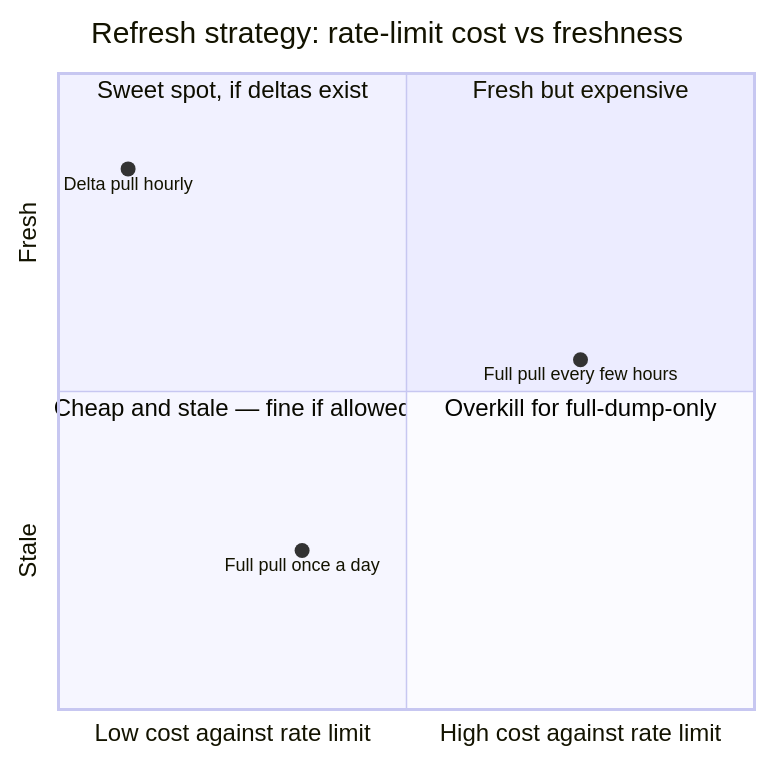
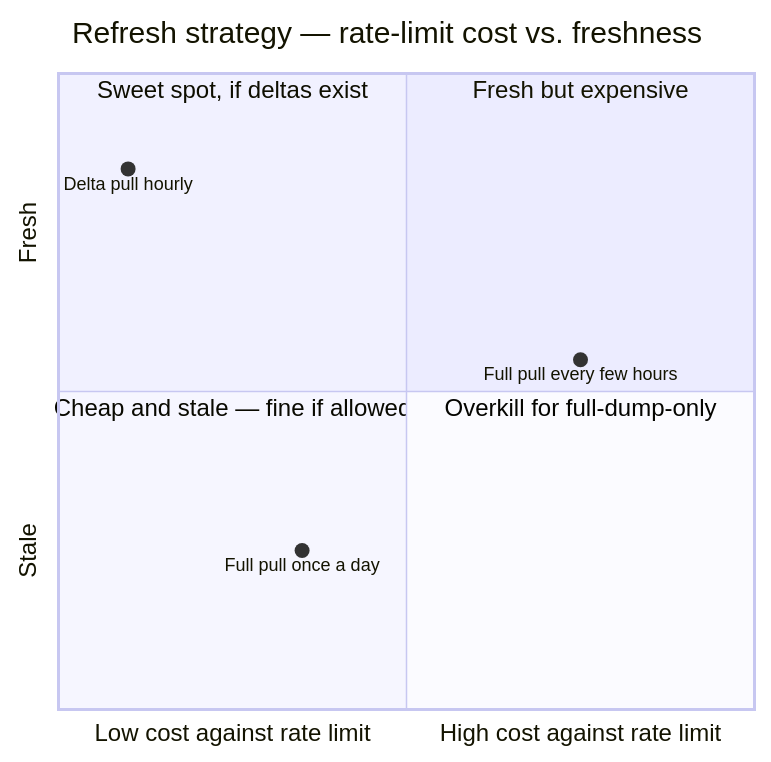
One commit to riyaz-pasha/Learnings changed the seventh of 14 diagrams in system-design/HLD/0-course/46-Design-an-IP-Allowlist-Blocklist-Service-FAANG-Guide-story.md. Above: the diagram before and after it, drawn with Mermaid. The commit also changed other lines of this file and 1 other file, not shown here.

Commit message:
[REWRITE] IP Allowlist Blocklist Service story guide: simplify prose, add structure, fix diagrams

````diff
--- a/system-design/HLD/0-course/46-Design-an-IP-Allowlist-Blocklist-Service-FAANG-Guide-story.md
+++ b/system-design/HLD/0-course/46-Design-an-IP-Allowlist-Blocklist-Service-FAANG-Guide-story.md
@@ -183,13 +407,13 @@
 ```mermaid
 quadrantChart
-    title Refresh strategy: rate-limit cost vs freshness
+    title Refresh strategy — rate-limit cost vs. freshness
     x-axis "Low cost against rate limit" --> "High cost against rate limit"
     y-axis "Stale" --> "Fresh"
     quadrant-1 "Fresh but expensive"
     quadrant-2 "Sweet spot, if deltas exist"
     quadrant-3 "Cheap and stale — fine if allowed"
     quadrant-4 "Overkill for full-dump-only"
     "Full pull every few hours": [0.75, 0.55]
     "Full pull once a day": [0.35, 0.25]
     "Delta pull hourly": [0.1, 0.85]
 ```
````
